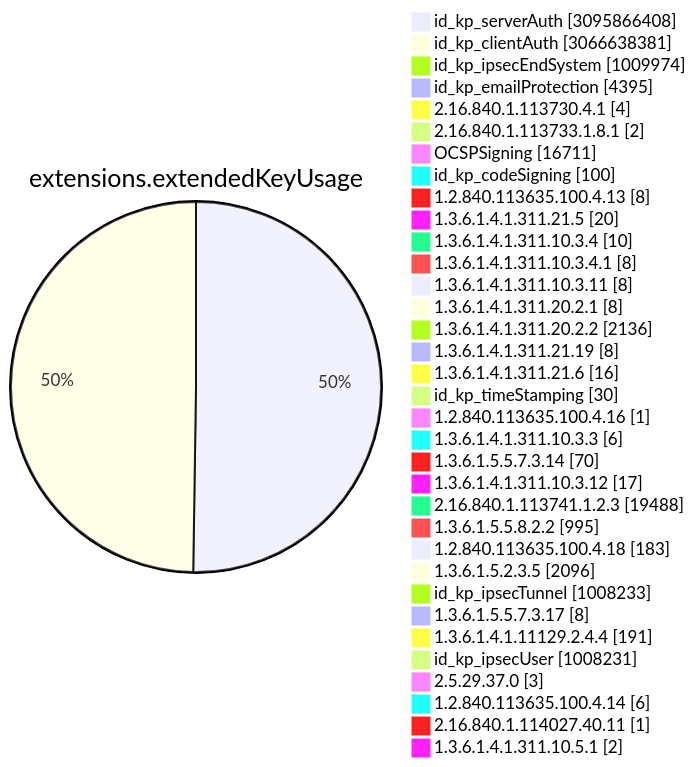
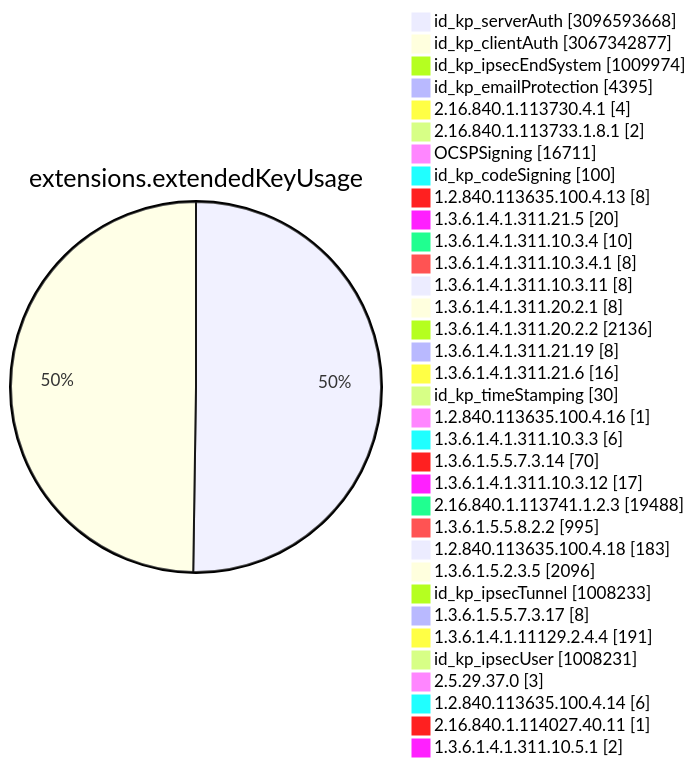
Diagram 11 of 15 in TOTAL/README.md (christiankrug/ctmonitor_visualization), drawn with Mermaid before and after one commit. The commit also changed other lines of this file, not shown here.

````diff
--- a/TOTAL/README.md
+++ b/TOTAL/README.md
@@ -4119,38 +4119,38 @@
 ```mermaid
 pie showData
 title extensions.extendedKeyUsage
-"id_kp_serverAuth" :3095866408
-"id_kp_clientAuth" :3066638381
+"id_kp_serverAuth" :3096593668
+"id_kp_clientAuth" :3067342877
 "id_kp_ipsecEndSystem" :1009974
 "id_kp_emailProtection" :4395
 "2.16.840.1.113730.4.1" :4
 "2.16.840.1.113733.1.8.1" :2
 "OCSPSigning" :16711
 "id_kp_codeSigning" :100
 "1.2.840.113635.100.4.13" :8
 "1.3.6.1.4.1.311.21.5" :20
 "1.3.6.1.4.1.311.10.3.4" :10
 "1.3.6.1.4.1.311.10.3.4.1" :8
 "1.3.6.1.4.1.311.10.3.11" :8
 "1.3.6.1.4.1.311.20.2.1" :8
 "1.3.6.1.4.1.311.20.2.2" :2136
 "1.3.6.1.4.1.311.21.19" :8
 "1.3.6.1.4.1.311.21.6" :16
 "id_kp_timeStamping" :30
 "1.2.840.113635.100.4.16" :1
 "1.3.6.1.4.1.311.10.3.3" :6
 "1.3.6.1.5.5.7.3.14" :70
 "1.3.6.1.4.1.311.10.3.12" :17
 "2.16.840.1.113741.1.2.3" :19488
 "1.3.6.1.5.5.8.2.2" :995
 "1.2.840.113635.100.4.18" :183
 "1.3.6.1.5.2.3.5" :2096
 "id_kp_ipsecTunnel" :1008233
 "1.3.6.1.5.5.7.3.17" :8
 "1.3.6.1.4.1.11129.2.4.4" :191
 "id_kp_ipsecUser" :1008231
 "2.5.29.37.0" :3
 "1.2.840.113635.100.4.14" :6
 "2.16.840.1.114027.40.11" :1
 "1.3.6.1.4.1.311.10.5.1" :2
 ```
````
